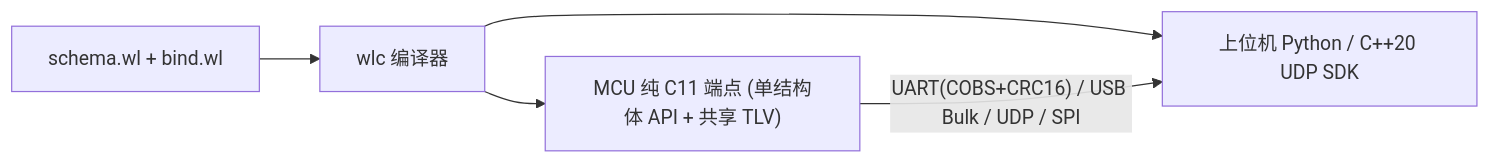
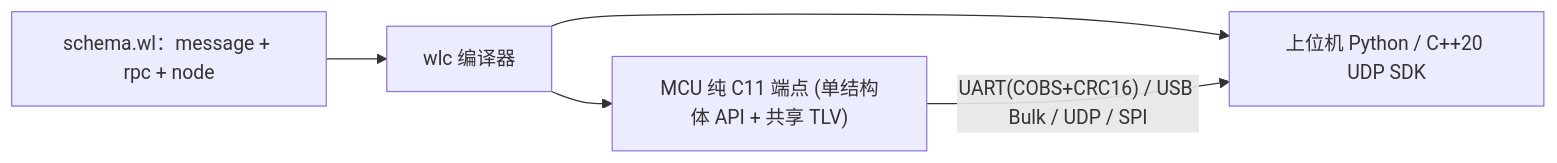
Before and after one commit to starwey604/wirelink: the diagram in site/src/content/docs/zh-cn/index.mdx, drawn with Mermaid. The commit also changed other lines of this file and 46 other files, not shown here.

````diff
--- a/site/src/content/docs/zh-cn/index.mdx
+++ b/site/src/content/docs/zh-cn/index.mdx
@@ -39,7 +39,7 @@
 ```mermaid
 flowchart LR
-  Schema["schema.wl + bind.wl"] --> WLC["wlc 编译器"]
+  Schema["schema.wl：message + rpc + node"] --> WLC["wlc 编译器"]
   WLC --> MCU["MCU 纯 C11 端点 (单结构体 API + 共享 TLV)"]
   WLC --> SDK["上位机 Python / C++20 UDP SDK"]
   MCU -- "UART(COBS+CRC16) / USB Bulk / UDP / SPI" --> SDK
 ```
````
